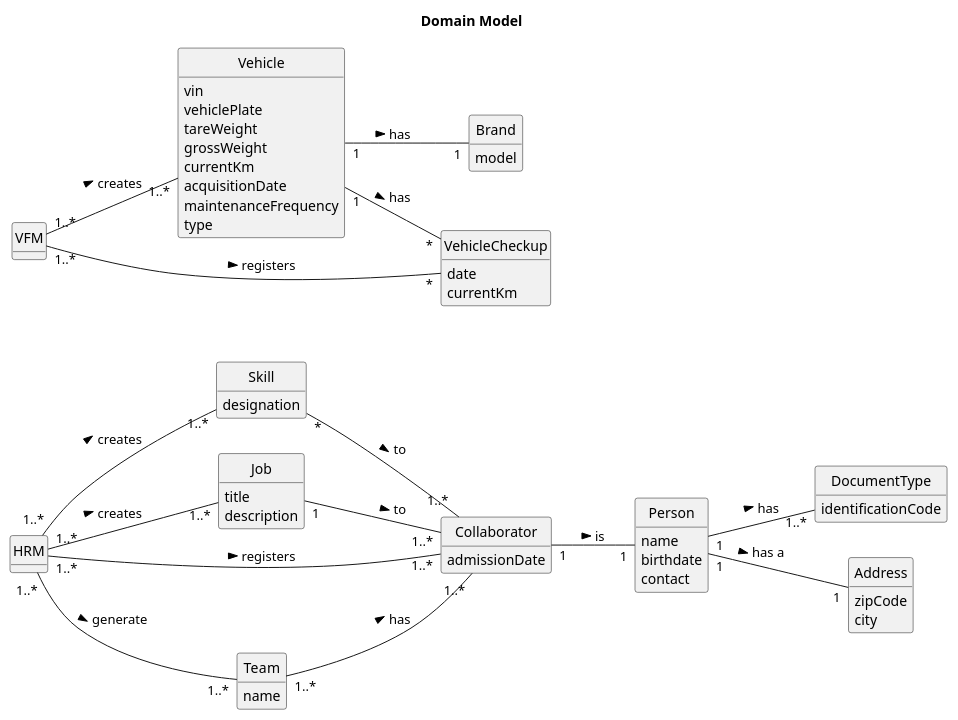
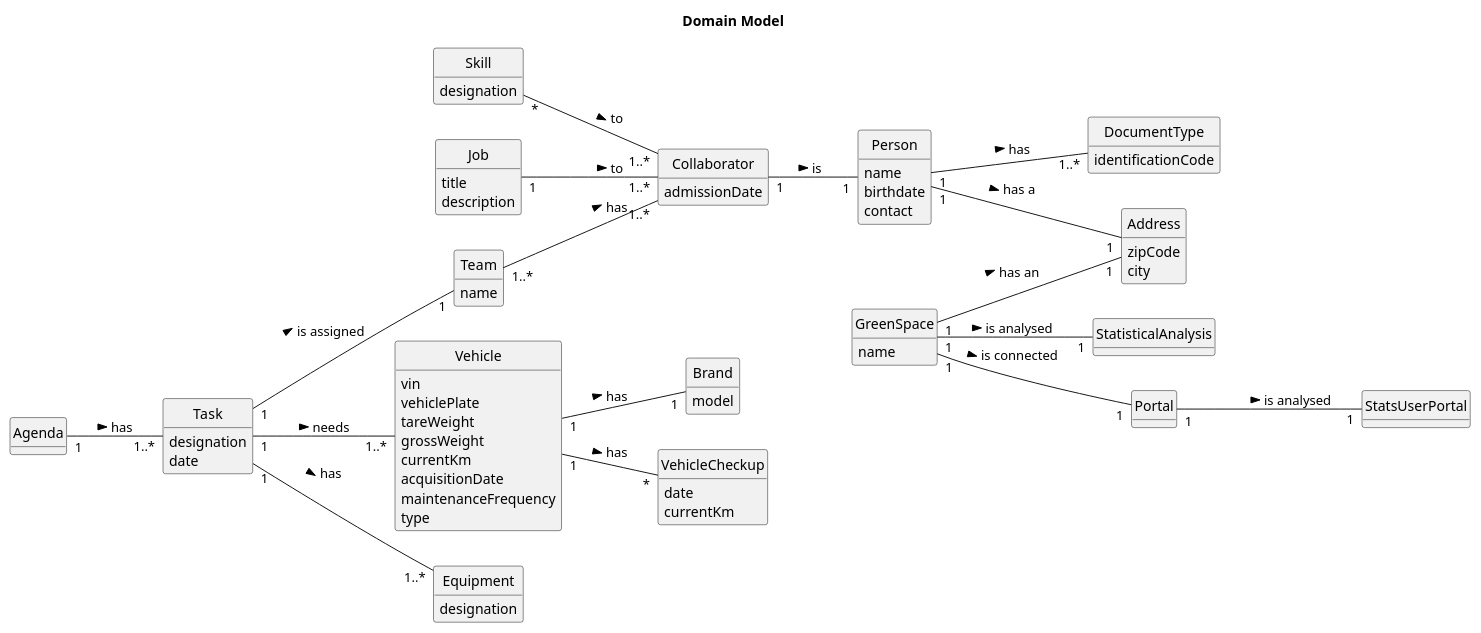
The diagram in docs/sprintB/global-artifacts/02.analysis/puml/project-domain-model.puml (ricardomm7/leaflink), drawn with PlantUML before and after one commit. The commit also changed 2 other files, not shown here.

```diff
--- a/docs/sprintB/global-artifacts/02.analysis/puml/project-domain-model.puml
+++ b/docs/sprintB/global-artifacts/02.analysis/puml/project-domain-model.puml
@@ -1,98 +1,122 @@
 @startuml
 skinparam monochrome true
 skinparam packageStyle rectangle
 skinparam shadowing false
 skinparam classAttributeIconSize 0
 hide circle
 hide methods
 left to right direction
 
 title Domain Model
-
-class HRM {
-}
-
-class VFM{
-}
 
 class Skill {
     designation
 }
 
 class Job {
     title
     description
 }
 
 class Collaborator {
     admissionDate
 }
 
 class DocumentType{
     identificationCode
 }
 
 
 class Team {
     name
 }
 
 class Vehicle {
     vin
     vehiclePlate
     tareWeight
     grossWeight
     currentKm
     acquisitionDate
     maintenanceFrequency
     type
 }
 
 class Brand{
     model
 }
 
 class VehicleCheckup{
     date
     currentKm
 }
 
 class Person {
     name
     birthdate
     contact
 }
 
 class Address{
     zipCode
     city
 }
 
+class StatisticalAnalysis{
+}
+
+class StatsUserPortal{
+}
+
+
+class GreenSpace{
+    name
+}
+
+class Task{
+    designation
+    date
+}
+
+class Equipment{
+    designation
+}
+
+class Agenda{
+}
+
+class Portal{
+}
+
 Vehicle "1" -- "1" Brand : has >
 
-HRM "1..*" -- "1..*" Skill : creates >
+Collaborator  "1" -- "1"  Person : is >
 
-HRM "1..*" -- "1..*" Job : creates >
+Person "1" -- "1..*" DocumentType : has >
 
-Collaborator  "1" -- "1"  Person : is >
-Person "1" -- "1..*" DocumentType : has >
-HRM "1..*" -- "1..*" Collaborator : registers >
-'HRM -- "1" Job : assigns >
 Job "1" -- "1..*" Collaborator : to >
 
-'HRM "1" -- "1..*" Skill : assigns >
 Skill "*" -- "1..*" Collaborator : to >
 
-HRM "1..*" -- "1..*" Team: generate   >
 Team "1..*" -- "1..*" Collaborator : has >
-
-VFM "1..*" -- "1..*" Vehicle : creates  >
-
-VFM "1..*" -- "*" VehicleCheckup : registers >
 
 Vehicle "1" -- "*" VehicleCheckup : has >
 
-
 Person "1" -- "1" Address : has a >
 
+GreenSpace "1" -- "1" StatisticalAnalysis : is analysed >
+
+GreenSpace "1" -- "1" Address : has an >
+
+Task "1" -- "1..*" Vehicle : needs >
+
+Task "1" -- "1" Team : is assigned >
+
+Task "1" -- "1..*" Equipment : has >
+
+GreenSpace "1" -- "1" Portal : is connected >
+
+Portal "1" -- "1" StatsUserPortal : is analysed >
+
+Agenda "1" -- "1..*" Task : has >
 @enduml
```
